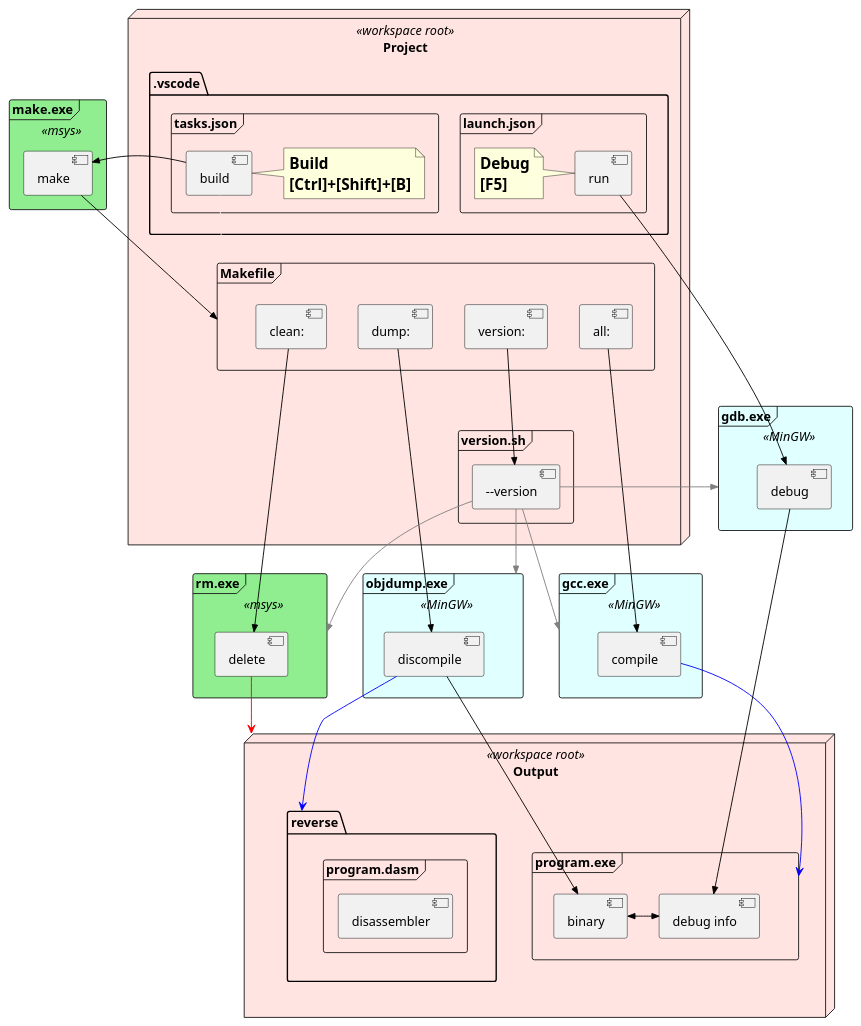
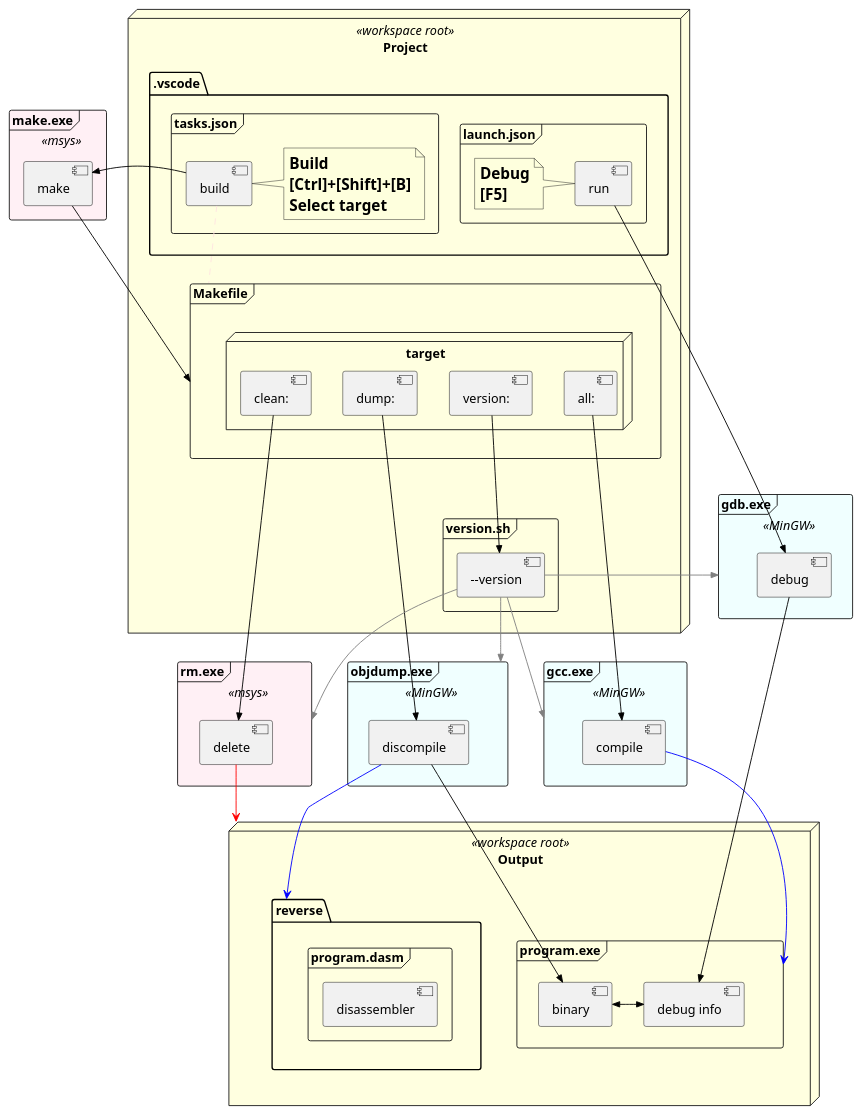
One commit to adachikenta/c_program changed the diagram in environment.plantuml. Above: the diagram before and after it, drawn with PlantUML. The commit also changed 1 other file, not shown here.

Commit message:
clean bug fix

```diff
--- a/environment.plantuml
+++ b/environment.plantuml
@@ -1,82 +1,85 @@
 @startuml enviroment
 skinparam node {
-	backgroundColor<<workspace root>> mistyrose
+	backgroundColor<<workspace root>> lightyellow
 }
 skinparam frame {
-  backgroundColor<<msys>> lightgreen
-  backgroundColor<<MinGW>> lightcyan
+  backgroundColor<<msys>> lavenderblush
+  backgroundColor<<MinGW>> azure
 }
 skinparam component {
   borderColor black
 }
 node "Project" <<workspace root>> {
   folder ".vscode" {
     frame "launch.json" {
       [run]
       note left of [run]
         =Debug
         =[F5]
       end note
     }
     frame "tasks.json" {
       [build]
       note right of [build]
         =Build
         =[Ctrl]+[Shift]+[B]
+        =Select target
       end note
     }
   }
   frame "Makefile" {
-    [all:]
-    [dump:]
-    [clean:]
-    [version:]
+    node target {
+      [all:]
+      [dump:]
+      [clean:]
+      [version:]
+    }
   }
   frame "version.sh" {
     [--version]
   }
 }
 frame "make.exe" <<msys>> {
   [make]
 }
 frame "gcc.exe" <<MinGW>> {
   [compile]
 }
 frame "objdump.exe" <<MinGW>> {
   [discompile]
 }
 frame "gdb.exe" <<MinGW>> {
   [debug]
 }
 frame "rm.exe" <<msys>> {
   [delete]
 }
 node "Output" <<workspace root>> {
   frame "program.exe" {
     [binary] <<->> [debug info] #black
   }
   folder "reverse" {
     frame "program.dasm" {
       [disassembler]
     }
   }
 }
 
 [build] .. Makefile #mistyrose
 [build] ->> [make] #black
   [make] -->> Makefile #black
     [all:] -->> [compile] #black
       [compile] --> program.exe #blue
     [dump:] -->> [discompile] #black
       [discompile] -->> [binary] #black
       [discompile] --> reverse #blue
     [clean:] -->> [delete] #black
       [delete] --> Output #red
     [version:] -->> [--version] #black
       [--version] -->> gcc.exe #gray
       [--version] -->> objdump.exe #gray
       [--version] -->> rm.exe #gray
       [--version] ->> gdb.exe #gray
 [run] -->> [debug] #black
   [debug] -->> [debug info] #black
 @enduml
```
